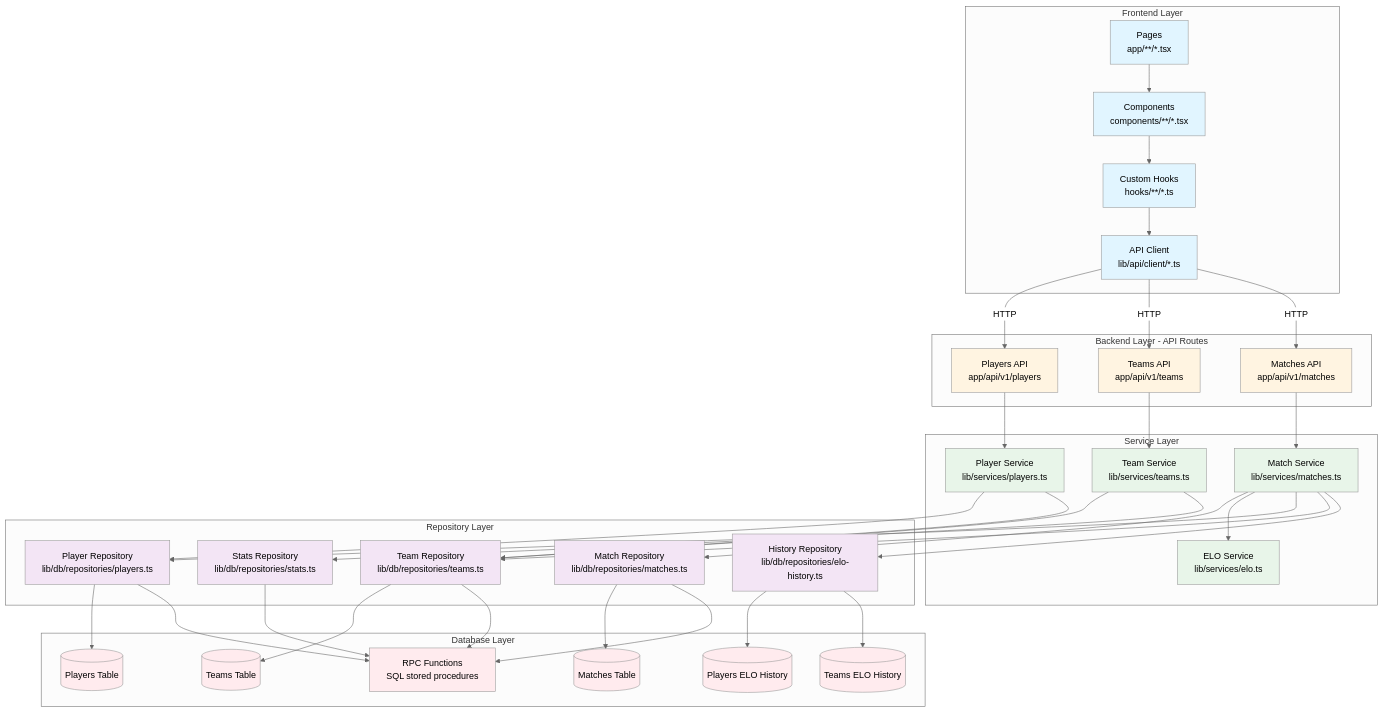
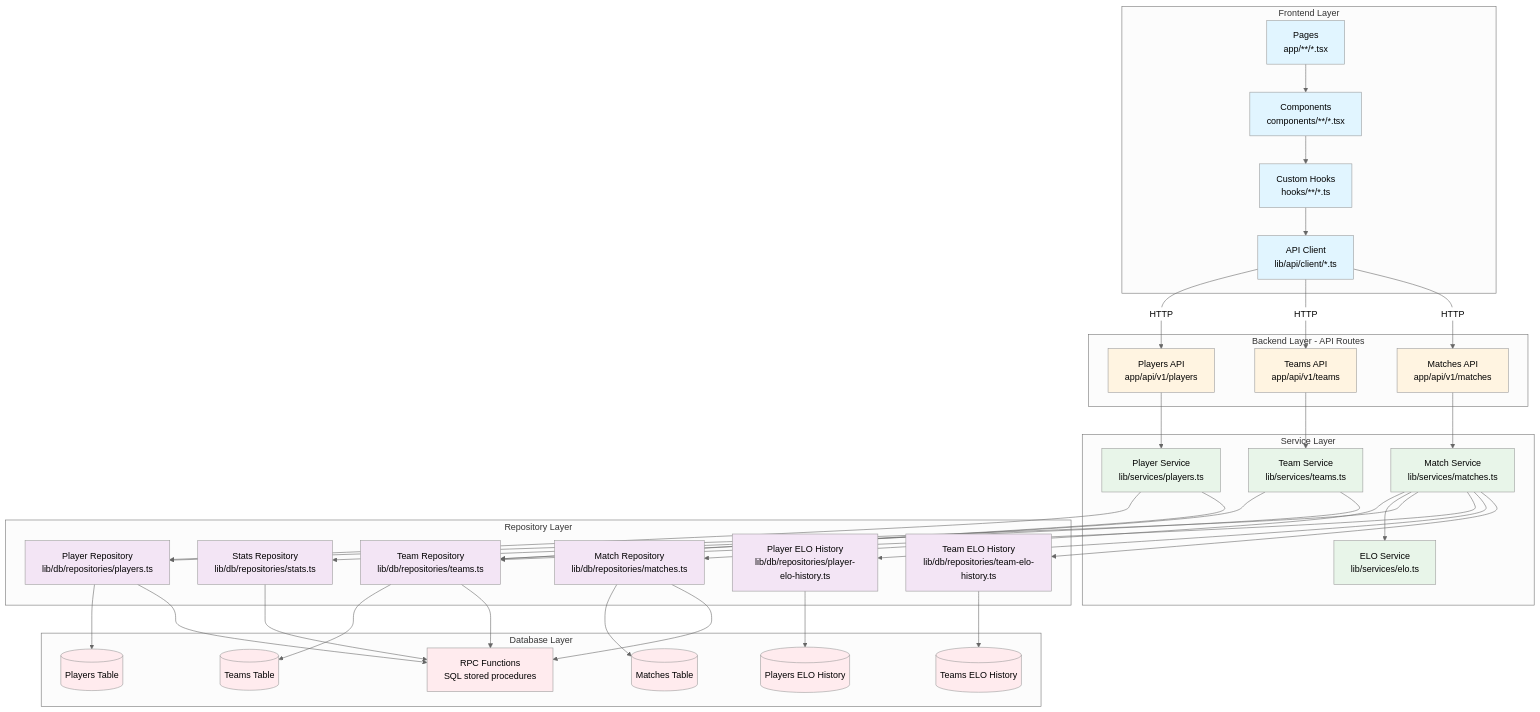
The first of 13 diagrams in docs/technical/07-class-diagrams.md (schalappe/baby_foot_elo), drawn with Mermaid (neutral theme) before and after one commit. The commit also changed other lines of this file, not shown here.

First line of the commit message:
docs: split HistoryRepo into PlayerEloHistory and TeamEloHistory in diagrams

````diff
--- a/docs/technical/07-class-diagrams.md
+++ b/docs/technical/07-class-diagrams.md
@@ -41,7 +41,8 @@
         TeamRepo[Team Repository<br/>lib/db/repositories/teams.ts]
         MatchRepo[Match Repository<br/>lib/db/repositories/matches.ts]
         StatsRepo[Stats Repository<br/>lib/db/repositories/stats.ts]
-        HistoryRepo[History Repository<br/>lib/db/repositories/elo-history.ts]
+        PlayerEloHistory[Player ELO History<br/>lib/db/repositories/player-elo-history.ts]
+        TeamEloHistory[Team ELO History<br/>lib/db/repositories/team-elo-history.ts]
     end
 
     subgraph "Database Layer"
@@ -75,7 +76,8 @@
     MatchService --> EloService
     MatchService --> PlayerRepo
     MatchService --> TeamRepo
-    MatchService --> HistoryRepo
+    MatchService --> PlayerEloHistory
+    MatchService --> TeamEloHistory
 
     %% Repository to Database
     PlayerRepo --> Players
@@ -85,8 +87,8 @@
     MatchRepo --> Matches
     MatchRepo --> RPC
     StatsRepo --> RPC
-    HistoryRepo --> PlayerHistory
-    HistoryRepo --> TeamHistory
+    PlayerEloHistory --> PlayerHistory
+    TeamEloHistory --> TeamHistory
 
     %% Styling
     classDef frontend fill:#e1f5ff
@@ -98,6 +100,6 @@
     class Pages,Components,Hooks,APIClient frontend
     class PlayersAPI,TeamsAPI,MatchesAPI backend
     class PlayerService,TeamService,MatchService,EloService service
-    class PlayerRepo,TeamRepo,MatchRepo,StatsRepo,HistoryRepo repo
+    class PlayerRepo,TeamRepo,MatchRepo,StatsRepo,PlayerEloHistory,TeamEloHistory repo
     class Players,Teams,Matches,PlayerHistory,TeamHistory,RPC db
 ```
````
